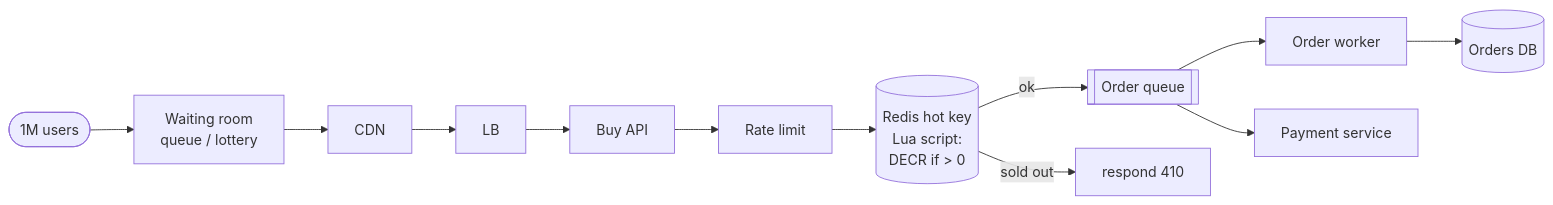
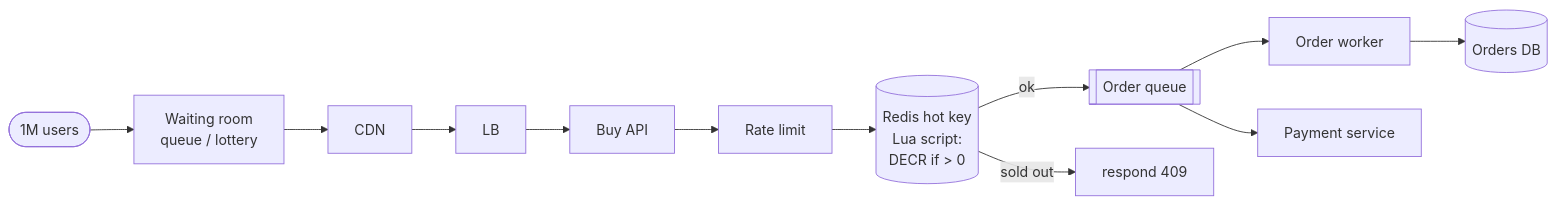
The diagram in src/content/notes/07-hld-problems/hld-flash-sale-inventory.mdx (amanleloush/STACKTRACE), drawn with Mermaid before and after one commit. The commit also changed other lines of this file and 327 other files, not shown here.

````diff
--- a/src/content/notes/07-hld-problems/hld-flash-sale-inventory.mdx
+++ b/src/content/notes/07-hld-problems/hld-flash-sale-inventory.mdx
@@ -16,13 +16,13 @@
 ```mermaid
 flowchart LR
     U([1M users]) --> WAIT[Waiting room<br/>queue / lottery]
     WAIT --> CDN
     CDN --> LB
     LB --> API[Buy API]
     API --> RL[Rate limit]
     RL --> R[(Redis hot key<br/>Lua script:<br/>DECR if &gt; 0)]
     R -->|ok| Q[[Order queue]]
-    R -->|sold out| FAIL[respond 410]
+    R -->|sold out| FAIL[respond 409]
     Q --> W[Order worker] --> DB[(Orders DB)]
     Q --> PAY[Payment service]
 ```
````
